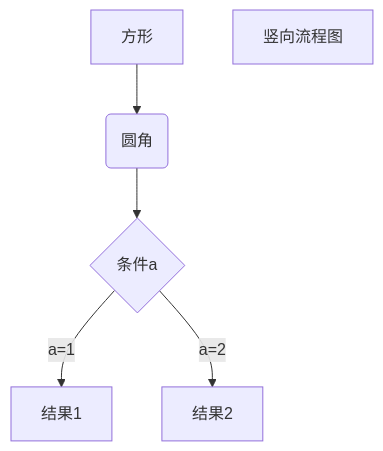
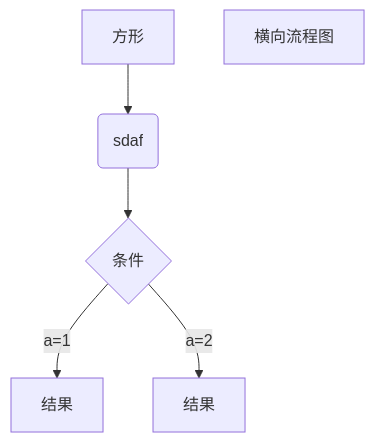
The second of 4 diagrams in Git/Notes/markdown语法.md (Sophon3/TreasureBox), drawn with Mermaid before and after one commit. The commit also changed other lines of this file, not shown here.

````diff
--- a/Git/Notes/markdown语法.md
+++ b/Git/Notes/markdown语法.md
@@ -209,8 +403,7 @@
 ```mermaid
 graph TD
-A[方形] --> B(圆角)
-    B --> C{条件a}
-    C --> |a=1| D[结果1]
-    C --> |a=2| E[结果2]
-    F[竖向流程图]
+A[方形] -->B(sdaf) -->C{条件}
+C-->|a=1| D[结果]
+C-->|a=2| E[结果]
+F[横向流程图]
 ```
````
